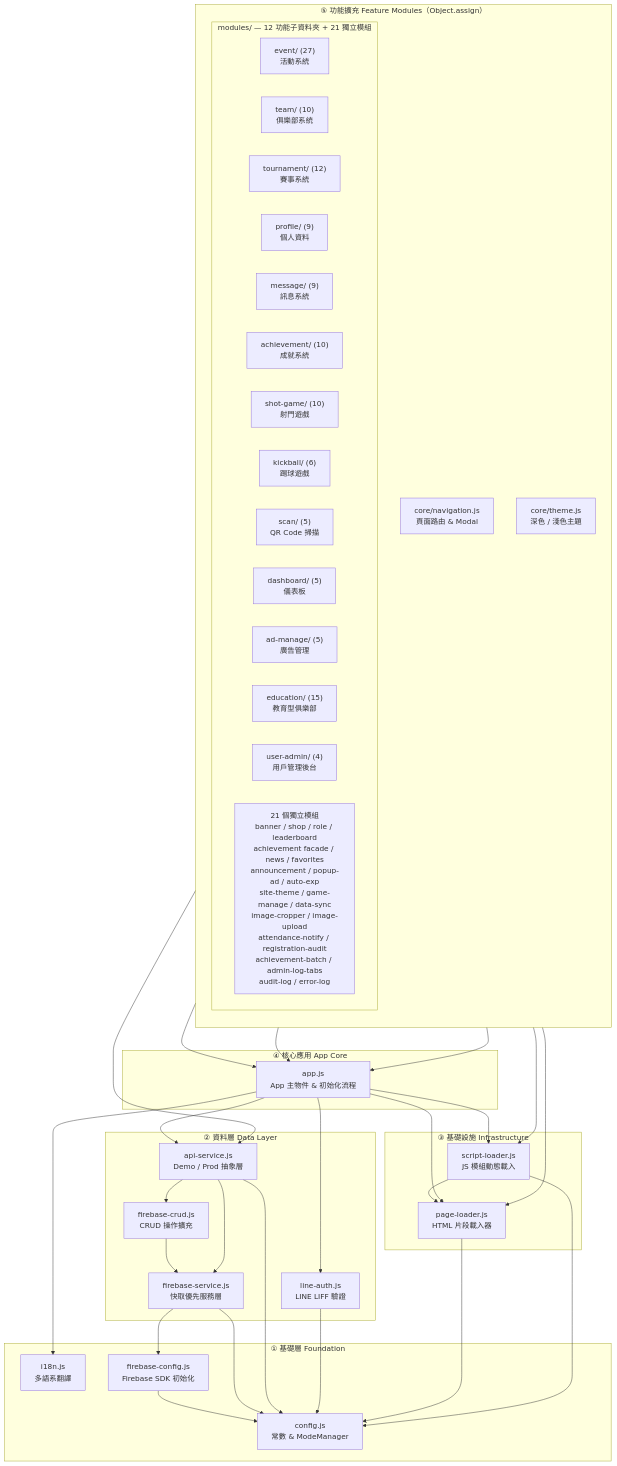
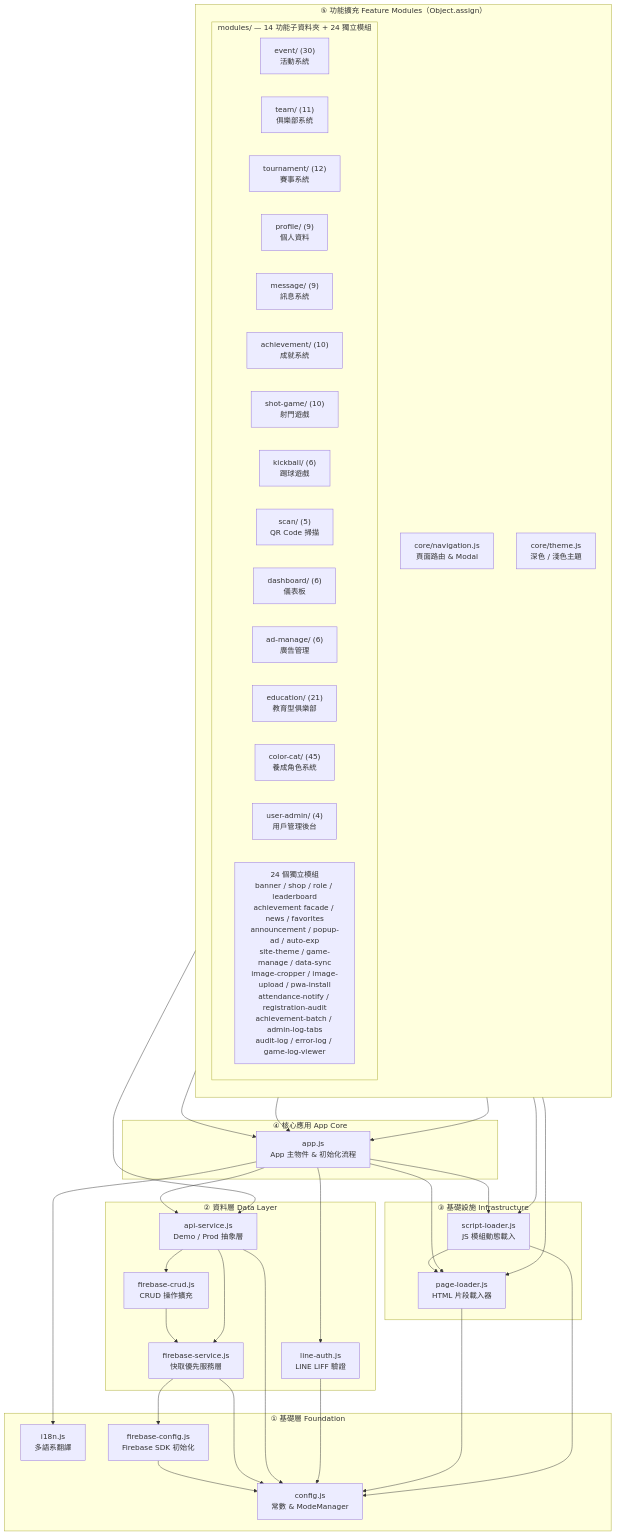
Before and after one commit to msw2004727/FC: the first of 2 diagrams in docs/architecture.md, drawn with Mermaid. The commit also changed other lines of this file and 3 other files, not shown here.

````diff
--- a/docs/architecture.md
+++ b/docs/architecture.md
@@ -13,79 +13,80 @@
 ```mermaid
 flowchart TD
     subgraph F["① 基礎層 Foundation"]
         CONFIG["config.js\n常數 & ModeManager"]
         I18N["i18n.js\n多語系翻譯"]
         FB_CFG["firebase-config.js\nFirebase SDK 初始化"]
     end
 
     subgraph D["② 資料層 Data Layer"]
         FB_SVC["firebase-service.js\n快取優先服務層"]
         FB_CRUD["firebase-crud.js\nCRUD 操作擴充"]
         API["api-service.js\nDemo / Prod 抽象層"]
         LINE["line-auth.js\nLINE LIFF 驗證"]
     end
 
     subgraph I["③ 基礎設施 Infrastructure"]
         PAGE_LDR["page-loader.js\nHTML 片段載入器"]
         SCRPT_LDR["script-loader.js\nJS 模組動態載入"]
     end
 
     subgraph C["④ 核心應用 App Core"]
         APP["app.js\nApp 主物件 & 初始化流程"]
     end
 
     subgraph E["⑤ 功能擴充 Feature Modules（Object.assign）"]
         direction TB
         NAV["core/navigation.js\n頁面路由 & Modal"]
         THEME["core/theme.js\n深色 / 淺色主題"]
 
-        subgraph MODS["modules/ — 12 功能子資料夾 + 21 獨立模組"]
-            EVT["event/ (27)\n活動系統"]
-            TEAM["team/ (10)\n俱樂部系統"]
+        subgraph MODS["modules/ — 14 功能子資料夾 + 24 獨立模組"]
+            EVT["event/ (30)\n活動系統"]
+            TEAM["team/ (11)\n俱樂部系統"]
             TOUR["tournament/ (12)\n賽事系統"]
             PROF["profile/ (9)\n個人資料"]
             MSG["message/ (9)\n訊息系統"]
             ACH["achievement/ (10)\n成就系統"]
             SHOT["shot-game/ (10)\n射門遊戲"]
             KICK["kickball/ (6)\n踢球遊戲"]
             SCAN["scan/ (5)\nQR Code 掃描"]
-            DASH["dashboard/ (5)\n儀表板"]
-            ADMG["ad-manage/ (5)\n廣告管理"]
-            EDU["education/ (15)\n教育型俱樂部"]
+            DASH["dashboard/ (6)\n儀表板"]
+            ADMG["ad-manage/ (6)\n廣告管理"]
+            EDU["education/ (21)\n教育型俱樂部"]
+            CCAT["color-cat/ (45)\n養成角色系統"]
             UADM["user-admin/ (4)\n用戶管理後台"]
-            STANDALONE["21 個獨立模組\nbanner / shop / role / leaderboard\nachievement facade / news / favorites\nannouncement / popup-ad / auto-exp\nsite-theme / game-manage / data-sync\nimage-cropper / image-upload\nattendance-notify / registration-audit\nachievement-batch / admin-log-tabs\naudit-log / error-log"]
+            STANDALONE["24 個獨立模組\nbanner / shop / role / leaderboard\nachievement facade / news / favorites\nannouncement / popup-ad / auto-exp\nsite-theme / game-manage / data-sync\nimage-cropper / image-upload / pwa-install\nattendance-notify / registration-audit\nachievement-batch / admin-log-tabs\naudit-log / error-log / game-log-viewer"]
         end
     end
 
     %% Foundation 內部依賴
     FB_CFG --> CONFIG
 
     %% 資料層依賴
     FB_SVC --> CONFIG
     FB_SVC --> FB_CFG
     FB_CRUD --> FB_SVC
     API --> CONFIG
     API --> FB_SVC
     API --> FB_CRUD
     LINE --> CONFIG
 
     %% 基礎設施依賴
     PAGE_LDR --> CONFIG
     SCRPT_LDR --> CONFIG
     SCRPT_LDR --> PAGE_LDR
 
     %% App Core 依賴
     APP --> API
     APP --> LINE
     APP --> PAGE_LDR
     APP --> SCRPT_LDR
     APP --> I18N
 
     %% 功能擴充（Object.assign → App）
     NAV --> APP
     NAV --> PAGE_LDR
     NAV --> SCRPT_LDR
     THEME --> APP
     MODS --> APP
     MODS --> API
 ```
````
